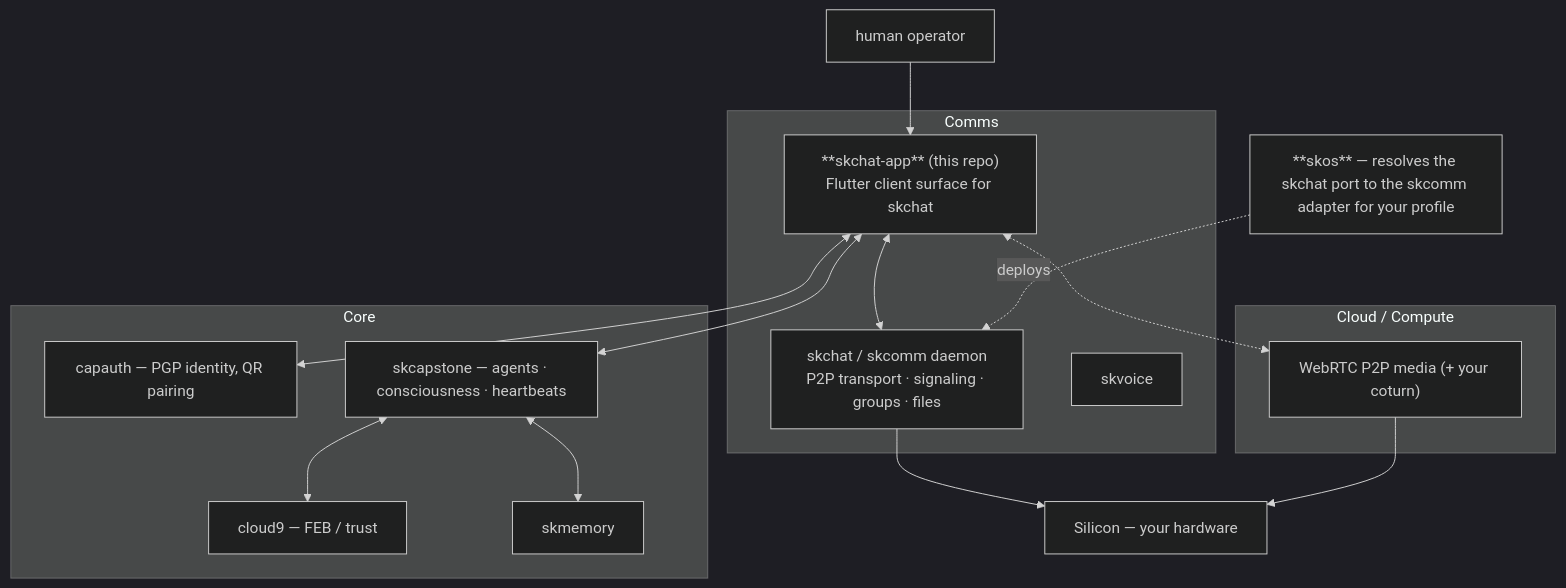
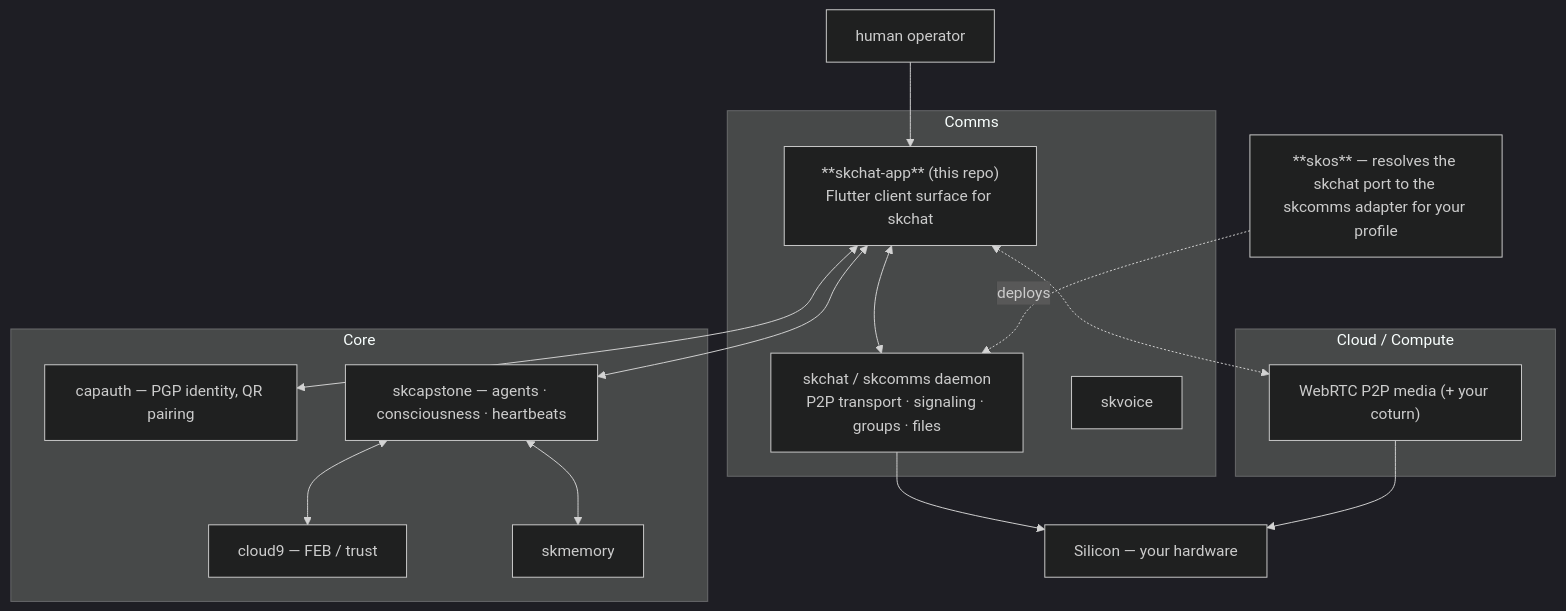
The fourth of 4 diagrams in docs/ARCHITECTURE.md (smilinTux/skchat-app), drawn with Mermaid (dark theme) before and after one commit. The commit also changed other lines of this file and 35 other files, not shown here.

Commit message:
refactor: skcomm→skcomms across app (files, identifiers, docs)

````diff
--- a/docs/ARCHITECTURE.md
+++ b/docs/ARCHITECTURE.md
@@ -189,34 +189,34 @@
 ```mermaid
 flowchart TD
     USER["human operator"] --> APP
 
     subgraph COMMS["Comms"]
       APP["**skchat-app** (this repo)<br/>Flutter client surface for skchat"]
-      SKCHAT["skchat / skcomm daemon<br/>P2P transport · signaling · groups · files"]
+      SKCHAT["skchat / skcomms daemon<br/>P2P transport · signaling · groups · files"]
       SKVOICE["skvoice"]
     end
 
     subgraph CORE["Core"]
       CAPAUTH["capauth — PGP identity, QR pairing"]
       SKCAP["skcapstone — agents · consciousness · heartbeats"]
       CLOUD9["cloud9 — FEB / trust"]
       SKMEM["skmemory"]
     end
 
     subgraph CLOUD["Cloud / Compute"]
       WEBRTC["WebRTC P2P media (+ your coturn)"]
     end
 
-    SKOS["**skos** — resolves the skchat port to the skcomm adapter for your profile"]
+    SKOS["**skos** — resolves the skchat port to the skcomms adapter for your profile"]
     SILICON["Silicon — your hardware"]
 
     APP <--> SKCHAT
     APP <--> CAPAUTH
     APP <--> SKCAP
     APP <-.-> WEBRTC
     SKCAP <--> CLOUD9
     SKCAP <--> SKMEM
     SKOS -.->|deploys| SKCHAT
     SKCHAT --> SILICON
     WEBRTC --> SILICON
 ```
````
